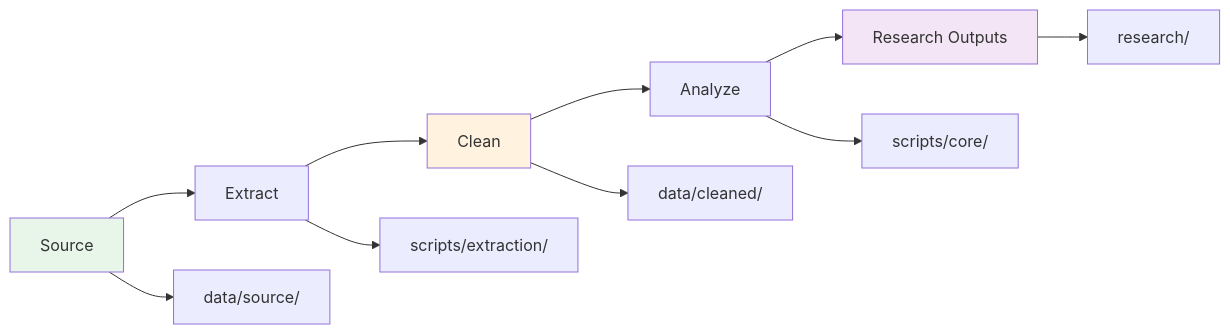
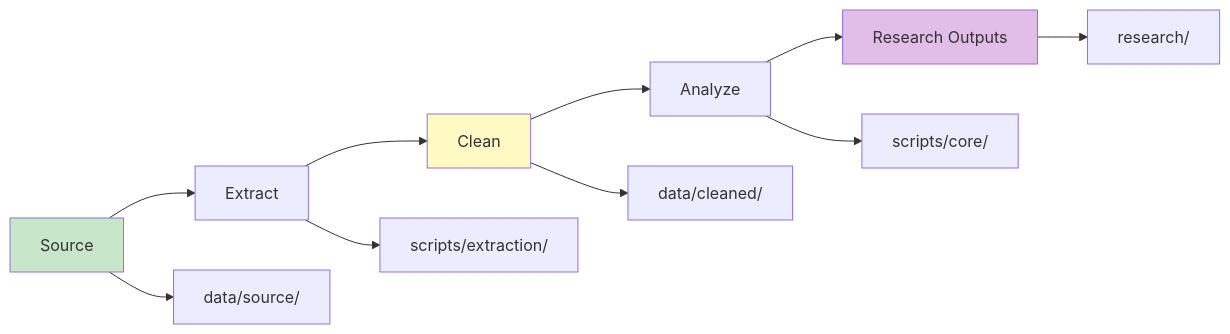
One commit to 1digitaldesign/kettler-data-analysis changed the second of 2 diagrams in docs/SYSTEM_OVERVIEW.md. Above: the diagram before and after it, drawn with Mermaid. The commit also changed other lines of this file and 16 other files, not shown here.

First line of the commit message:
Refactor all diagrams with pastel color scheme and add new diagrams

````diff
--- a/docs/SYSTEM_OVERVIEW.md
+++ b/docs/SYSTEM_OVERVIEW.md
@@ -79,17 +79,17 @@
 ```mermaid
 flowchart LR
     A[Source] --> B[Extract]
     B --> C[Clean]
     C --> D[Analyze]
     D --> E[Research Outputs]
 
     A --> A1[data/source/]
     B --> B1[scripts/extraction/]
     C --> C1[data/cleaned/]
     D --> D1[scripts/core/]
     E --> E1[research/]
 
-    style A fill:#e8f5e9
-    style C fill:#fff3e0
-    style E fill:#f3e5f5
+    style A fill:#C8E6C9
+    style C fill:#FFF9C4
+    style E fill:#E1BEE7
 ```
````
